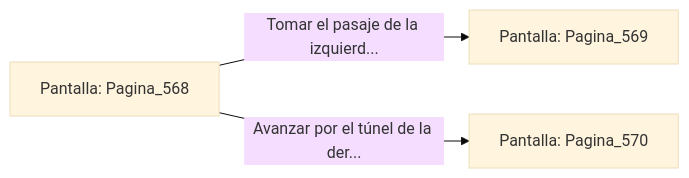
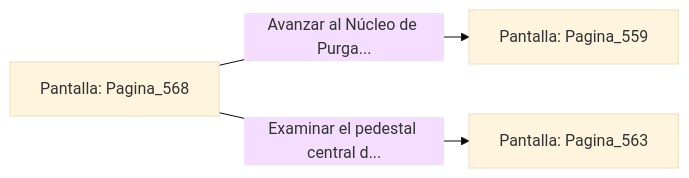
One commit to metsuke/mpl changed the diagram in sample/eligejuego-vault/Pantalla_Pagina_568.md. Above: the diagram before and after it, drawn with Mermaid (base theme). The commit also changed other lines of this file and 635 other files, not shown here.

First line of the commit message:
fix: añadir Pagina_1 como pantalla inicial en capitulo_01.mpl

````diff
--- a/sample/eligejuego-vault/Pantalla_Pagina_568.md
+++ b/sample/eligejuego-vault/Pantalla_Pagina_568.md
@@ -20,6 +22,6 @@
 ```mermaid
 graph LR
     P_Pagina_568["Pantalla: Pagina_568"]
-    P_Pagina_568 -->|"Tomar el pasaje de la izquierd..."| P_Pagina_569["Pantalla: Pagina_569"]
-    P_Pagina_568 -->|"Avanzar por el túnel de la der..."| P_Pagina_570["Pantalla: Pagina_570"]
+    P_Pagina_568 -->|"Avanzar al Núcleo de Purga..."| P_Pagina_559["Pantalla: Pagina_559"]
+    P_Pagina_568 -->|"Examinar el pedestal central d..."| P_Pagina_563["Pantalla: Pagina_563"]
 ```
````
